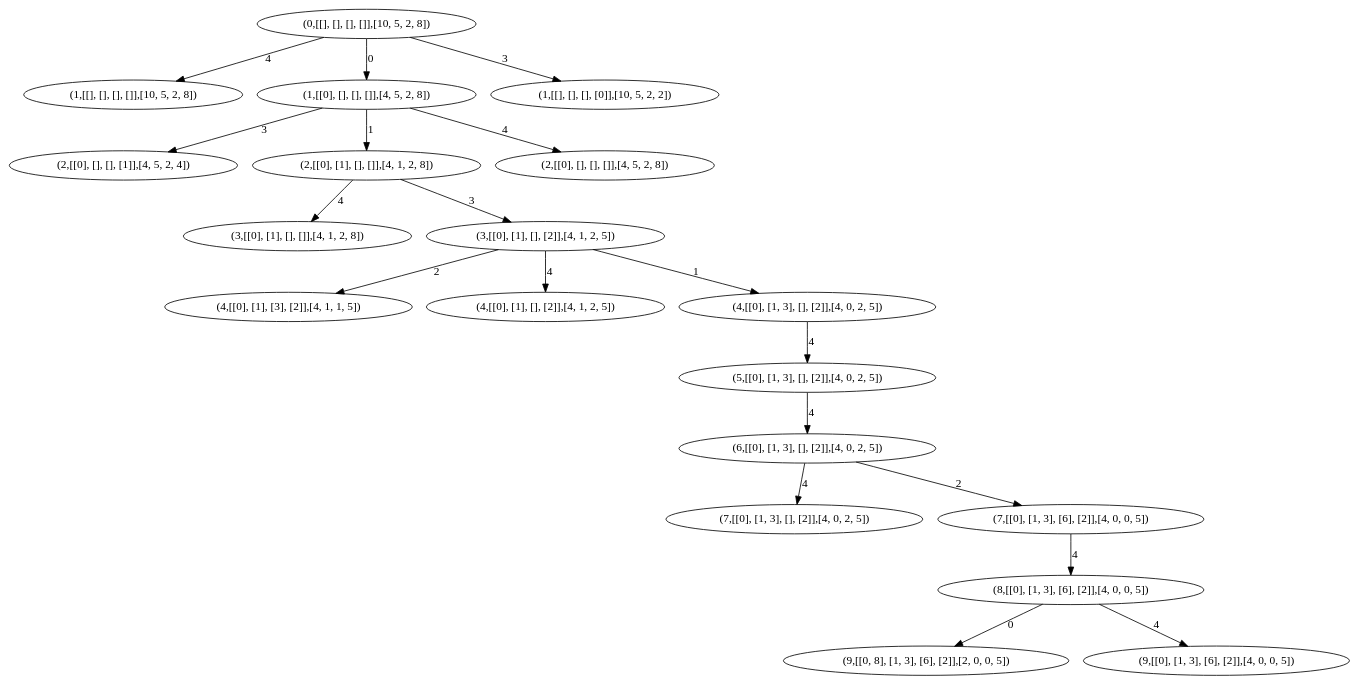
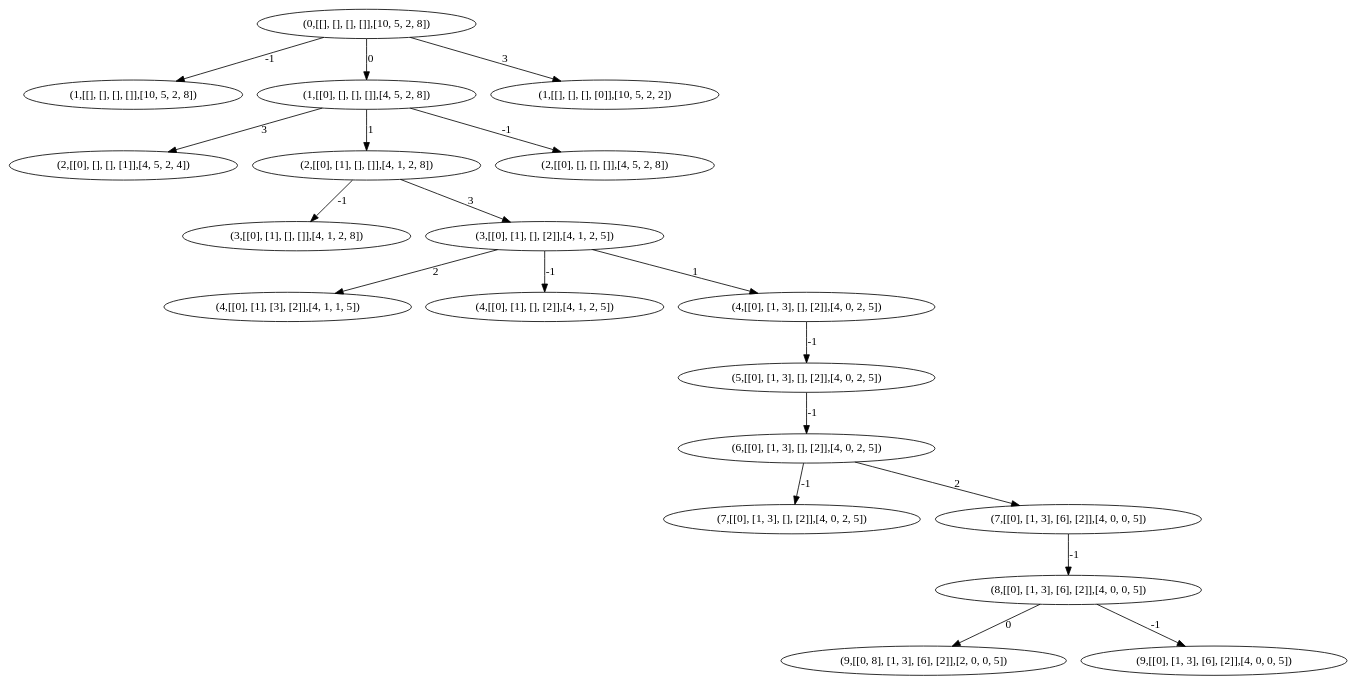
Before and after one commit to Gallardo7761/PI5: the diagram in generated/ej1AStar3.dot, drawn with Graphviz. The commit also changed 4 other files, not shown here.

```diff
--- a/generated/ej1AStar3.dot
+++ b/generated/ej1AStar3.dot
@@ -1,39 +1,39 @@
 strict digraph G {
   1 [ label="(2,[[0], [], [], [1]],[4, 5, 2, 4])" ];
   2 [ label="(3,[[0], [1], [], []],[4, 1, 2, 8])" ];
   3 [ label="(4,[[0], [1], [3], [2]],[4, 1, 1, 5])" ];
   4 [ label="(2,[[0], [1], [], []],[4, 1, 2, 8])" ];
   5 [ label="(9,[[0, 8], [1, 3], [6], [2]],[2, 0, 0, 5])" ];
   6 [ label="(4,[[0], [1], [], [2]],[4, 1, 2, 5])" ];
   7 [ label="(1,[[], [], [], []],[10, 5, 2, 8])" ];
   8 [ label="(3,[[0], [1], [], [2]],[4, 1, 2, 5])" ];
   9 [ label="(0,[[], [], [], []],[10, 5, 2, 8])" ];
   10 [ label="(7,[[0], [1, 3], [], [2]],[4, 0, 2, 5])" ];
   11 [ label="(1,[[0], [], [], []],[4, 5, 2, 8])" ];
   12 [ label="(9,[[0], [1, 3], [6], [2]],[4, 0, 0, 5])" ];
   13 [ label="(2,[[0], [], [], []],[4, 5, 2, 8])" ];
   14 [ label="(7,[[0], [1, 3], [6], [2]],[4, 0, 0, 5])" ];
   15 [ label="(8,[[0], [1, 3], [6], [2]],[4, 0, 0, 5])" ];
   16 [ label="(5,[[0], [1, 3], [], [2]],[4, 0, 2, 5])" ];
   17 [ label="(6,[[0], [1, 3], [], [2]],[4, 0, 2, 5])" ];
   18 [ label="(1,[[], [], [], [0]],[10, 5, 2, 2])" ];
   19 [ label="(4,[[0], [1, 3], [], [2]],[4, 0, 2, 5])" ];
   11 -> 1 [ label="3" ];
-  4 -> 2 [ label="4" ];
+  4 -> 2 [ label="-1" ];
   8 -> 3 [ label="2" ];
   11 -> 4 [ label="1" ];
   15 -> 5 [ label="0" ];
-  8 -> 6 [ label="4" ];
-  9 -> 7 [ label="4" ];
+  8 -> 6 [ label="-1" ];
+  9 -> 7 [ label="-1" ];
   4 -> 8 [ label="3" ];
-  17 -> 10 [ label="4" ];
+  17 -> 10 [ label="-1" ];
   9 -> 11 [ label="0" ];
-  15 -> 12 [ label="4" ];
-  11 -> 13 [ label="4" ];
+  15 -> 12 [ label="-1" ];
+  11 -> 13 [ label="-1" ];
   17 -> 14 [ label="2" ];
-  14 -> 15 [ label="4" ];
-  19 -> 16 [ label="4" ];
-  16 -> 17 [ label="4" ];
+  14 -> 15 [ label="-1" ];
+  19 -> 16 [ label="-1" ];
+  16 -> 17 [ label="-1" ];
   9 -> 18 [ label="3" ];
   8 -> 19 [ label="1" ];
 }
```
